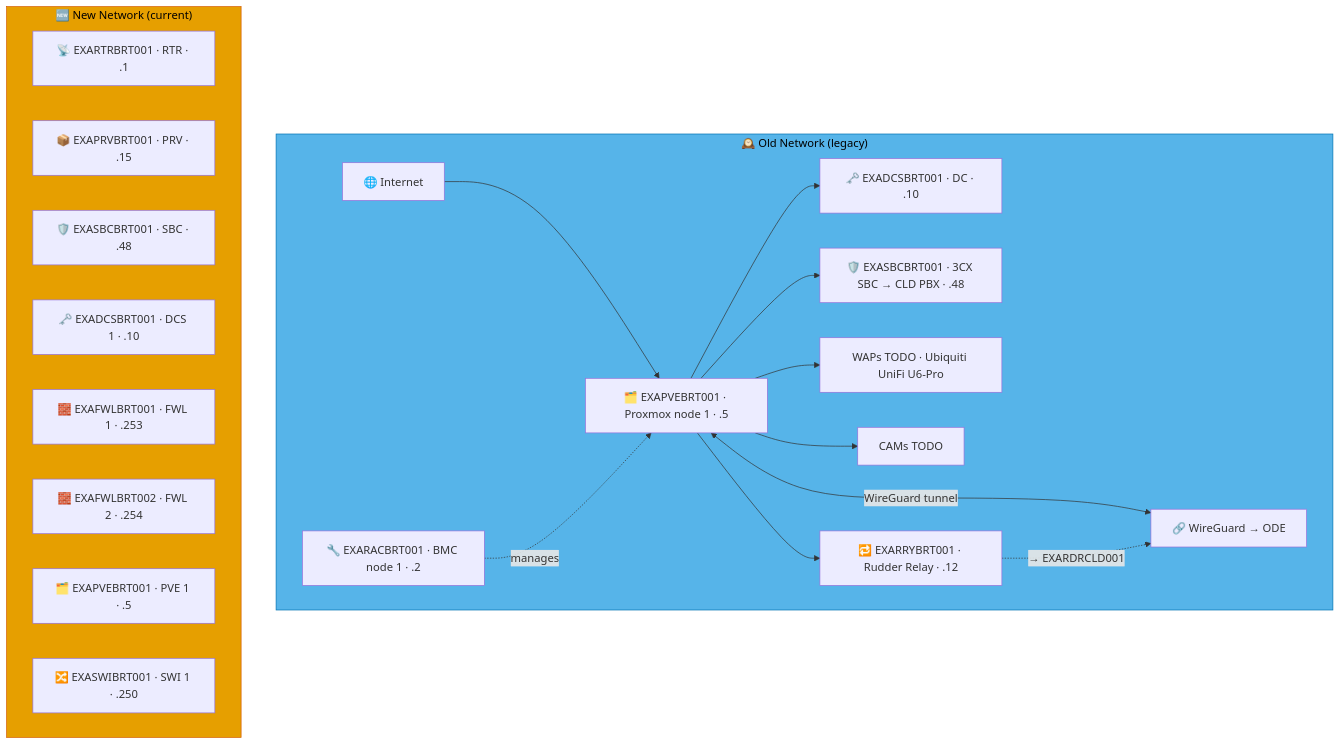
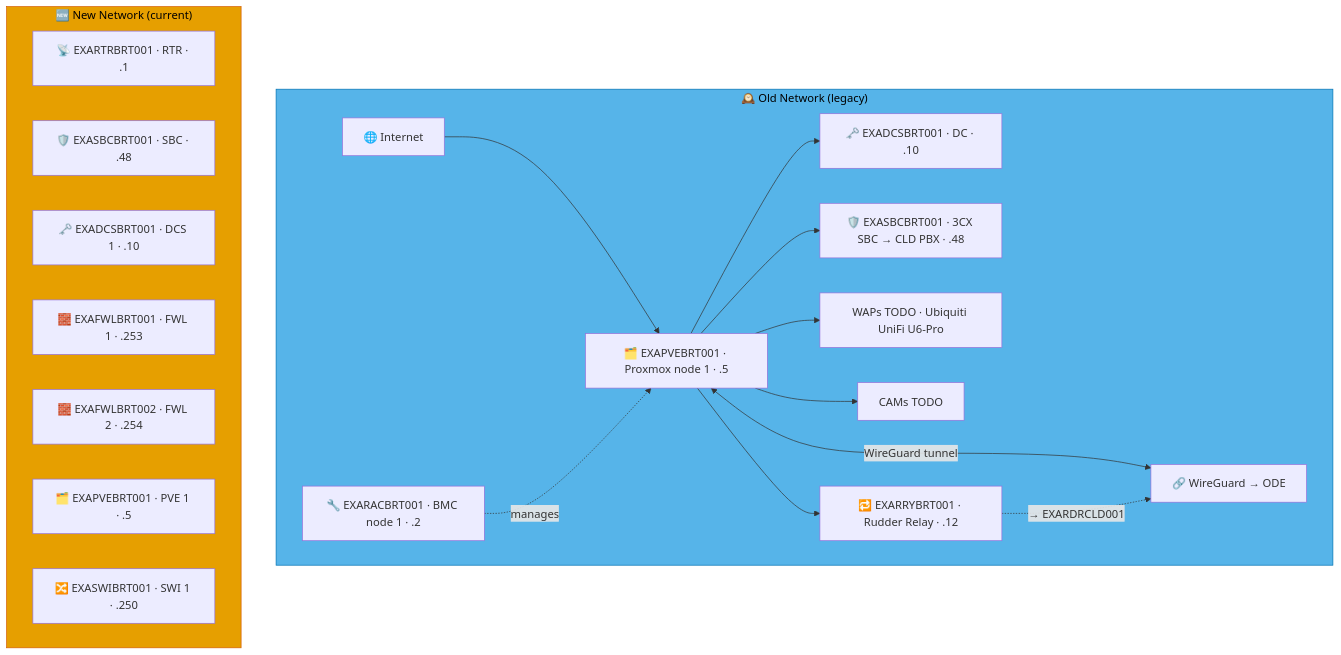
The diagram in docs/network-diagram/lebanon.md (knightmare2600/example_music_infra), drawn with Mermaid before and after one commit. The commit also changed 55 other files, not shown here.

````diff
--- a/docs/network-diagram/lebanon.md
+++ b/docs/network-diagram/lebanon.md
@@ -16,36 +16,35 @@
 ```mermaid
 graph TD
     subgraph OLD_BRT ["🕰️ Old Network (legacy)"]
       INET["🌐 Internet"]
       RAC["🔧 EXARACBRT001 · BMC node 1 · .2"]
       PVE["🗂️ EXAPVEBRT001 · Proxmox node 1 · .5"]
       DC["🗝️ EXADCSBRT001 · DC · .10"]
       SBC["🛡️ EXASBCBRT001 · 3CX SBC → CLD PBX · .48"]
       RRY["🔁 EXARRYBRT001 · Rudder Relay · .12"]
       WAP["WAPs TODO · Ubiquiti UniFi U6-Pro"]
       CAM["CAMs TODO"]
       VPN["🔗 WireGuard → ODE"]
 
       INET --> PVE --> DC & SBC
       RAC -.->|"manages"| PVE
       PVE --> WAP & CAM
       PVE <-->|"WireGuard tunnel"| VPN
 
       PVE --> RRY
       RRY -. "→ EXARDRCLD001" .-> VPN
     end
     style OLD_BRT fill:#56B4E9,stroke:#0072B2,color:#000000
     %% GENERATED:NEW-NETWORK:BRT:START
     subgraph NEW_BRT ["🆕 New Network (current)"]
       N_RTR["📡 EXARTRBRT001 · RTR · .1"]
-      N_PRV["📦 EXAPRVBRT001 · PRV · .15"]
       N_SBC["🛡️ EXASBCBRT001 · SBC · .48"]
       N_DCS["🗝️ EXADCSBRT001 · DCS 1 · .10"]
       N_FWL["🧱 EXAFWLBRT001 · FWL 1 · .253"]
       N_FWL2["🧱 EXAFWLBRT002 · FWL 2 · .254"]
       N_PVE["🗂️ EXAPVEBRT001 · PVE 1 · .5"]
       N_SWI["🔀 EXASWIBRT001 · SWI 1 · .250"]
     end
     style NEW_BRT fill:#E69F00,stroke:#D55E00,color:#000000
     %% GENERATED:NEW-NETWORK:BRT:END
 ```
````
